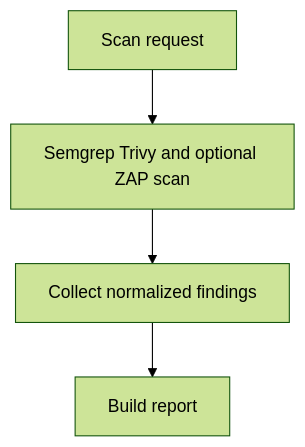
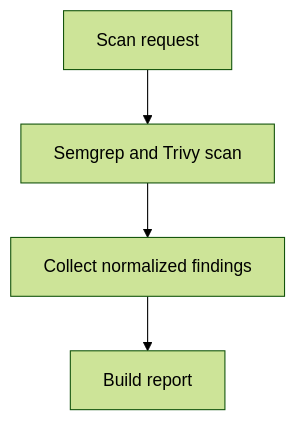
The diagram in README.md (junmin0413/defAPI), drawn with Mermaid (forest theme) before and after one commit. The commit also changed other lines of this file and 7 other files, not shown here.

````diff
--- a/README.md
+++ b/README.md
@@ -17,6 +17,6 @@
 ```mermaid
 flowchart TD
-    Request[Scan request] --> Scanners[Semgrep Trivy and optional ZAP scan]
+    Request[Scan request] --> Scanners[Semgrep and Trivy scan]
     Scanners --> Findings[Collect normalized findings]
     Findings --> Report[Build report]
 ```
````
